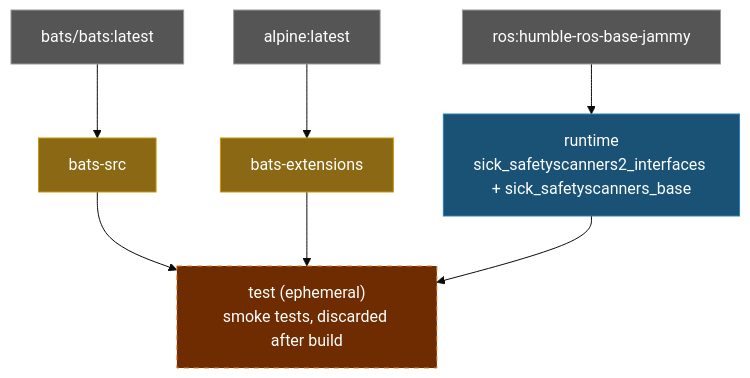
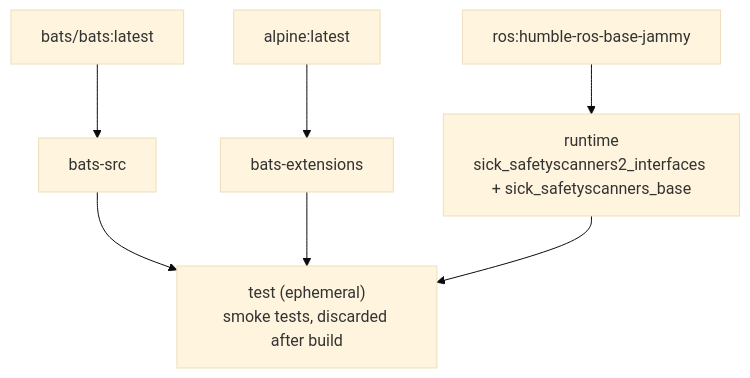
Before and after one commit to ycpss91255-docker/sick_humble: the diagram in README.md, drawn with Mermaid (base theme). The commit also changed 3 other files, not shown here.

Commit message:
docs: remove mermaid background colors from architecture diagrams (#15)

````diff
--- a/README.md
+++ b/README.md
@@ -83,20 +83,16 @@
 ```mermaid
 graph TD
-    EXT1["bats/bats:latest"]:::external
-    EXT2["alpine:latest"]:::external
-    EXT3["ros:humble-ros-base-jammy"]:::external
+    EXT1["bats/bats:latest"]
+    EXT2["alpine:latest"]
+    EXT3["ros:humble-ros-base-jammy"]
 
-    EXT1 --> bats-src["bats-src"]:::tool
-    EXT2 --> bats-ext["bats-extensions"]:::tool
+    EXT1 --> bats-src["bats-src"]
+    EXT2 --> bats-ext["bats-extensions"]
 
-    EXT3 --> runtime["runtime\nsick_safetyscanners2_interfaces + sick_safetyscanners_base"]:::stage
+    EXT3 --> runtime["runtime\nsick_safetyscanners2_interfaces + sick_safetyscanners_base"]
 
-    bats-src --> test["test (ephemeral)\nsmoke tests, discarded after build"]:::ephemeral
+    bats-src --> test["test (ephemeral)\nsmoke tests, discarded after build"]
     bats-ext --> test
     runtime --> test
 
-    classDef external fill:#555,color:#fff,stroke:#999
-    classDef tool fill:#8B6914,color:#fff,stroke:#c8960c
-    classDef stage fill:#1a5276,color:#fff,stroke:#2980b9
-    classDef ephemeral fill:#6e2c00,color:#fff,stroke:#e67e22,stroke-dasharray:5 5
 ```
````
